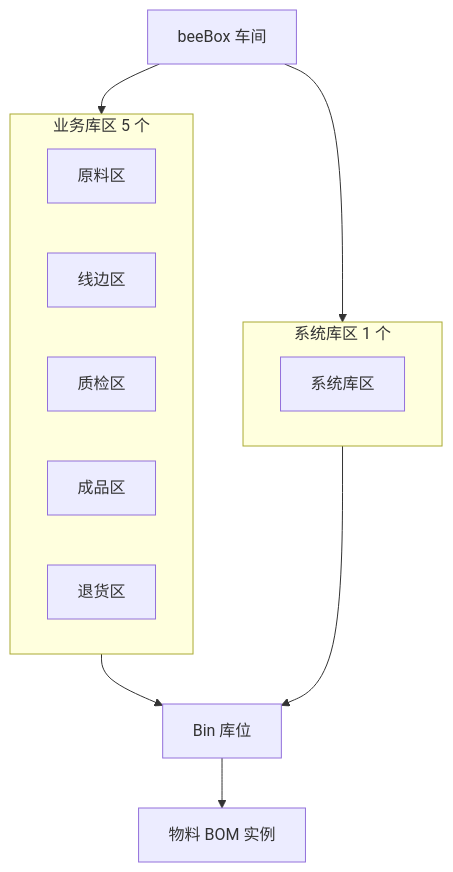
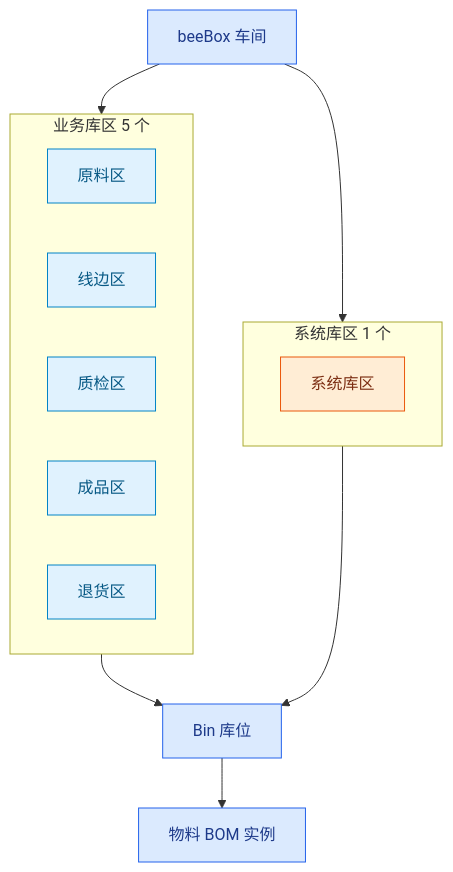
The third of 4 diagrams in docs/architecture/kernel-design.md (chehuizi/beeOS), drawn with Mermaid before and after one commit. The commit also changed other lines of this file, not shown here.

First line of the commit message:
docs: §1 / §4 加 classDef 颜色——按模块角色分 6 / 3 种

````diff
--- a/docs/architecture/kernel-design.md
+++ b/docs/architecture/kernel-design.md
@@ -164,24 +188,38 @@
 ```mermaid
 flowchart TB
   beeBox["beeBox 车间"]
   bins["Bin 库位"]
   materials["物料 BOM 实例"]
 
   subgraph biz["业务库区 5 个"]
     raw["原料区"]
     line["线边区"]
     qc["质检区"]
     finished["成品区"]
     ret["退货区"]
   end
 
   subgraph sys["系统库区 1 个"]
     system["系统库区"]
   end
 
   beeBox --> biz
   beeBox --> sys
   biz --> bins
   sys --> bins
   bins --> materials
+
+  classDef box fill:#dbeafe,stroke:#2563eb,color:#1e3a8a
+  classDef bizzone fill:#e0f2fe,stroke:#0284c7,color:#075985
+  classDef syszone fill:#ffedd5,stroke:#ea580c,color:#7c2d12
+
+  class beeBox box
+  class bins box
+  class materials box
+  class raw bizzone
+  class line bizzone
+  class qc bizzone
+  class finished bizzone
+  class ret bizzone
+  class system syszone
 ```
````
